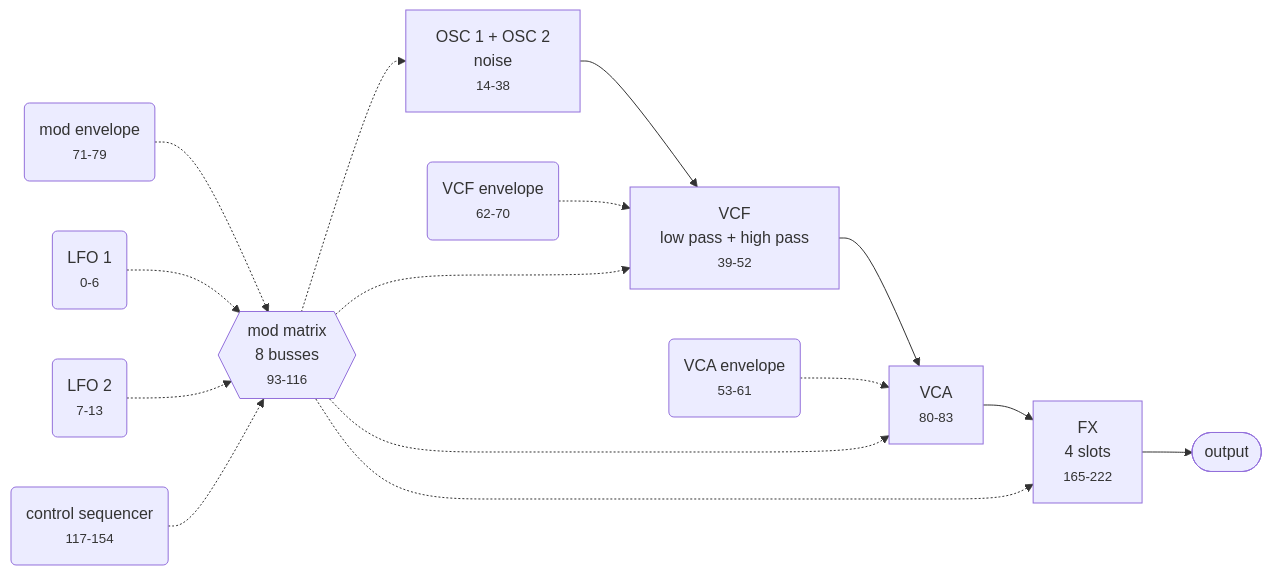
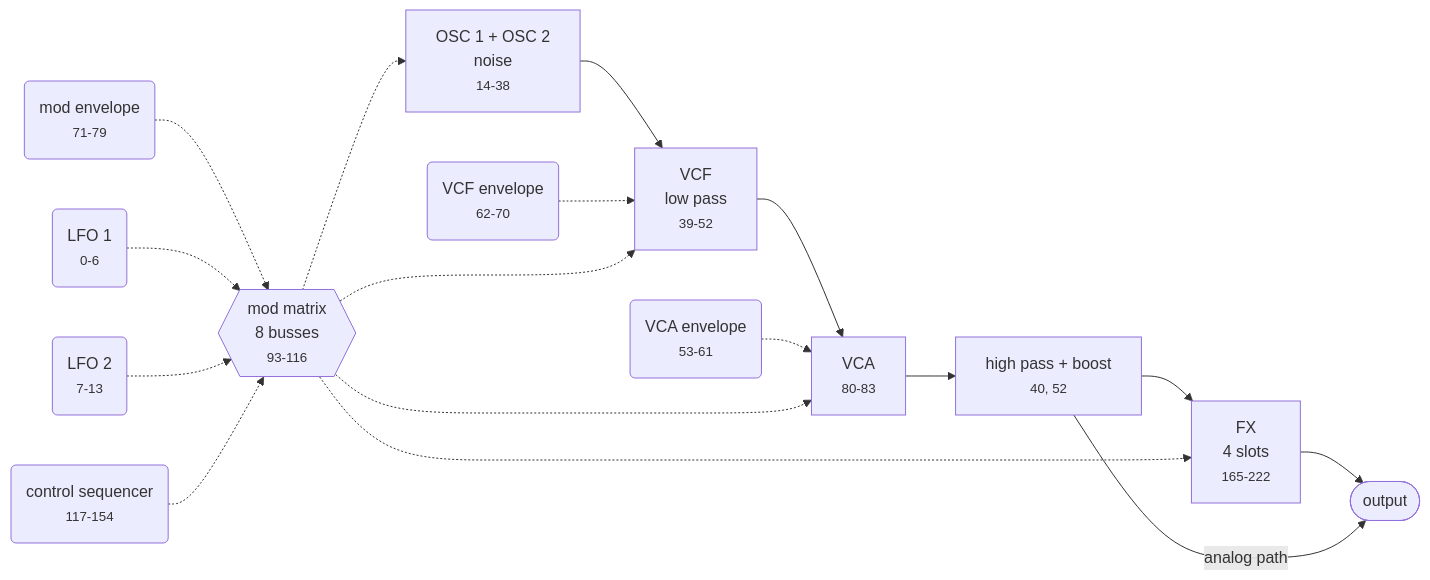
Before and after one commit to MysteriousWolf/deepmind-midi: the diagram in docs/diagrams/signal-path.mmd, drawn with Mermaid. The commit also changed 7 other files, not shown here.

```diff
--- a/docs/diagrams/signal-path.mmd
+++ b/docs/diagrams/signal-path.mmd
@@ -1,27 +1,29 @@
 %% Voice signal path
 %% Generated by `cargo xtask docs`. Edit spec/ instead.
 flowchart LR
     OSC["OSC 1 + OSC 2<br>noise<br><small>14-38</small>"]
-    VCF["VCF<br>low pass + high pass<br><small>39-52</small>"]
+    VCF["VCF<br>low pass<br><small>39-52</small>"]
     VCA["VCA<br><small>80-83</small>"]
     FX["FX<br>4 slots<br><small>165-222</small>"]
+    HPF["high pass + boost<br><small>40, 52</small>"]
     OUT([output])
-    OSC --> VCF --> VCA --> FX --> OUT
+    OSC --> VCF --> VCA --> HPF --> FX --> OUT
+    HPF -- analog path --> OUT
 
     VCAENV("VCA envelope<br><small>53-61</small>")
     VCFENV("VCF envelope<br><small>62-70</small>")
     MODENV("mod envelope<br><small>71-79</small>")
     LFO1("LFO 1<br><small>0-6</small>")
     LFO2("LFO 2<br><small>7-13</small>")
     SEQ("control sequencer<br><small>117-154</small>")
     MOD{{"mod matrix<br>8 busses<br><small>93-116</small>"}}
     VCAENV -.-> VCA
     VCFENV -.-> VCF
     MODENV -.-> MOD
     LFO1 -.-> MOD
     LFO2 -.-> MOD
     SEQ -.-> MOD
     MOD -.-> OSC
     MOD -.-> VCF
     MOD -.-> VCA
     MOD -.-> FX
```
